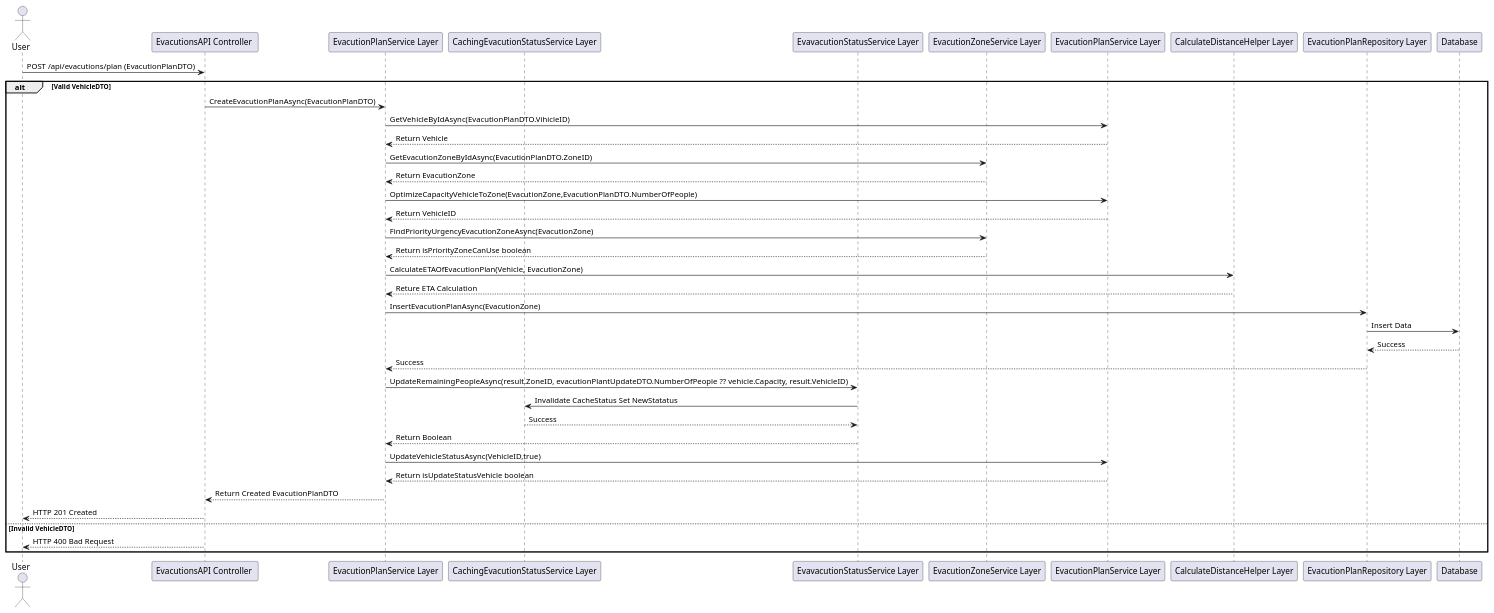
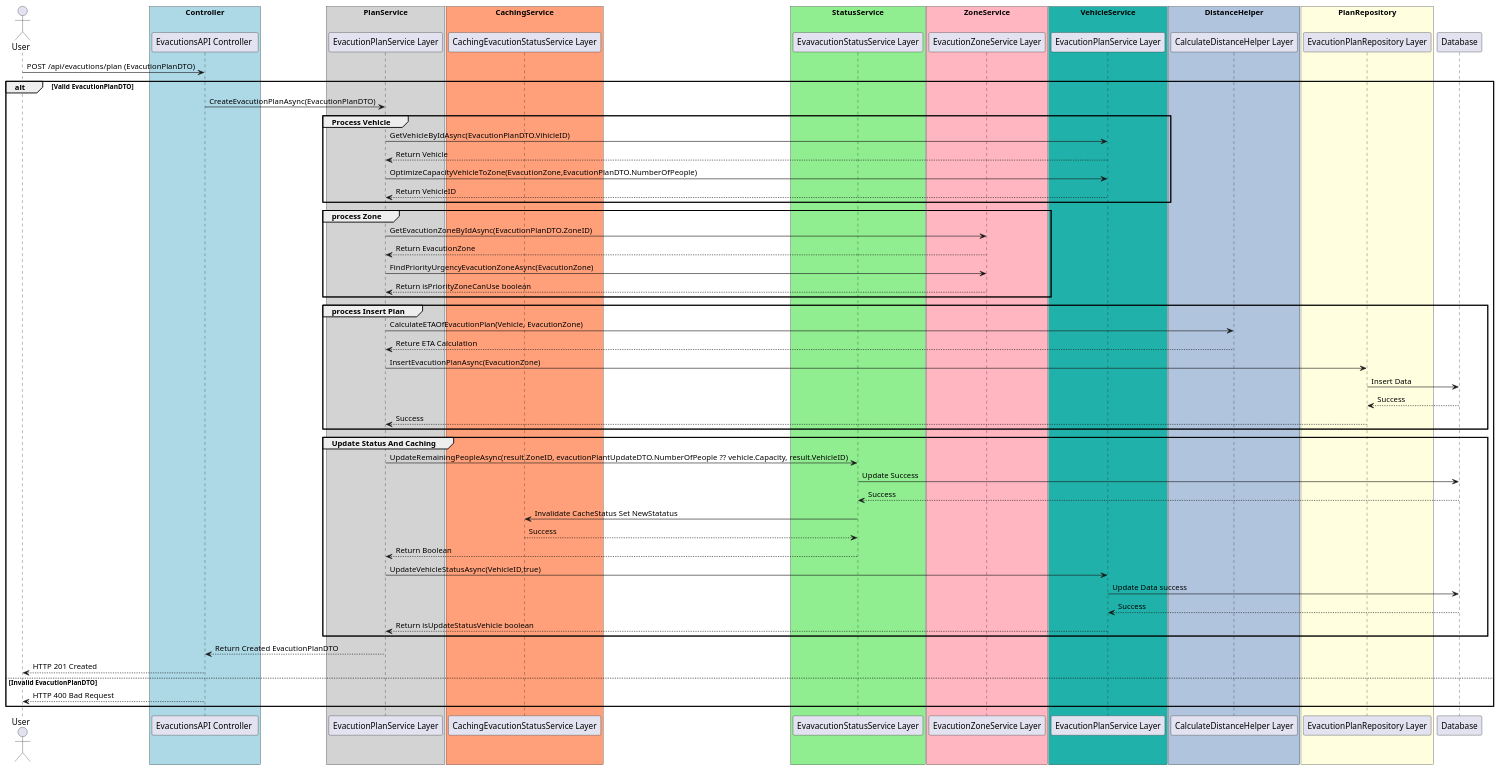
One commit to premwitthawas/ttss-example changed the diagram in uml/create-plan.wsd. Above: the diagram before and after it, drawn with PlantUML. The commit also changed 12 other files, not shown here.

```diff
--- a/uml/create-plan.wsd
+++ b/uml/create-plan.wsd
@@ -1,40 +1,68 @@
 @startuml
 actor User
+box "Controller" #LightBlue
 participant "EvacutionsAPI Controller " as API
+end box
+box "PlanService" #LightGray
 participant "EvacutionPlanService Layer" as ServicePlan
+end box
+box "CachingService" #LightSalmon
 participant "CachingEvacutionStatusService Layer" as ServiceCache
+end box
+box "StatusService" #LightGreen
 participant "EvavacutionStatusService Layer" as ServiceStatus
+end box
+box "ZoneService" #LightPink
 participant "EvacutionZoneService Layer" as ServiceZone
+end box
+box "VehicleService" #LightSeaGreen
 participant "EvacutionPlanService Layer" as ServiceVehicle
+end box
+box "DistanceHelper" #LightSteelBlue
 participant "CalculateDistanceHelper Layer" as Helper
+end box
+box "PlanRepository" #LightYellow
 participant "EvacutionPlanRepository Layer" as RepoPlan
+end box
 participant Database
 User -> API : POST /api/evacutions/plan (EvacutionPlanDTO)
-alt Valid VehicleDTO
+alt Valid EvacutionPlanDTO
     API -> ServicePlan : CreateEvacutionPlanAsync(EvacutionPlanDTO)
+    group Process Vehicle
     ServicePlan -> ServiceVehicle : GetVehicleByIdAsync(EvacutionPlanDTO.VihicleID)
     ServiceVehicle --> ServicePlan : Return Vehicle
+    ServicePlan -> ServiceVehicle: OptimizeCapacityVehicleToZone(EvacutionZone,EvacutionPlanDTO.NumberOfPeople)
+    ServiceVehicle --> ServicePlan : Return VehicleID
+    end group
+    group process Zone
     ServicePlan -> ServiceZone : GetEvacutionZoneByIdAsync(EvacutionPlanDTO.ZoneID)
     ServiceZone --> ServicePlan : Return EvacutionZone
-    ServicePlan -> ServiceVehicle: OptimizeCapacityVehicleToZone(EvacutionZone,EvacutionPlanDTO.NumberOfPeople)
-    ServiceVehicle --> ServicePlan : Return VehicleID
     ServicePlan -> ServiceZone : FindPriorityUrgencyEvacutionZoneAsync(EvacutionZone)
     ServiceZone --> ServicePlan : Return isPriorityZoneCanUse boolean
+    end group
+    group process Insert Plan
     ServicePlan -> Helper : CalculateETAOfEvacutionPlan(Vehicle, EvacutionZone)
     Helper -->  ServicePlan: Reture ETA Calculation
     ServicePlan -> RepoPlan : InsertEvacutionPlanAsync(EvacutionZone)
     RepoPlan -> Database : Insert Data
     Database --> RepoPlan : Success
     RepoPlan --> ServicePlan : Success
-   ServicePlan -> ServiceStatus : UpdateRemainingPeopleAsync(result.ZoneID, evacutionPlantUpdateDTO.NumberOfPeople ?? vehicle.Capacity, result.VehicleID)
+    end group
+    group Update Status And Caching
+    ServicePlan -> ServiceStatus : UpdateRemainingPeopleAsync(result.ZoneID, evacutionPlantUpdateDTO.NumberOfPeople ?? vehicle.Capacity, result.VehicleID)
+    ServiceStatus -> Database: Update Success
+    Database --> ServiceStatus: Success
     ServiceStatus -> ServiceCache : Invalidate CacheStatus Set NewStatatus
     ServiceCache --> ServiceStatus: Success
     ServiceStatus --> ServicePlan: Return Boolean
     ServicePlan -> ServiceVehicle: UpdateVehicleStatusAsync(VehicleID,true)
+    ServiceVehicle -> Database : Update Data success
+    Database --> ServiceVehicle: Success
     ServiceVehicle --> ServicePlan : Return isUpdateStatusVehicle boolean
+    end group
     ServicePlan --> API : Return Created EvacutionPlanDTO
     API --> User : HTTP 201 Created
-else Invalid VehicleDTO
+else Invalid EvacutionPlanDTO
     API --> User : HTTP 400 Bad Request
 end
 @enduml
```
